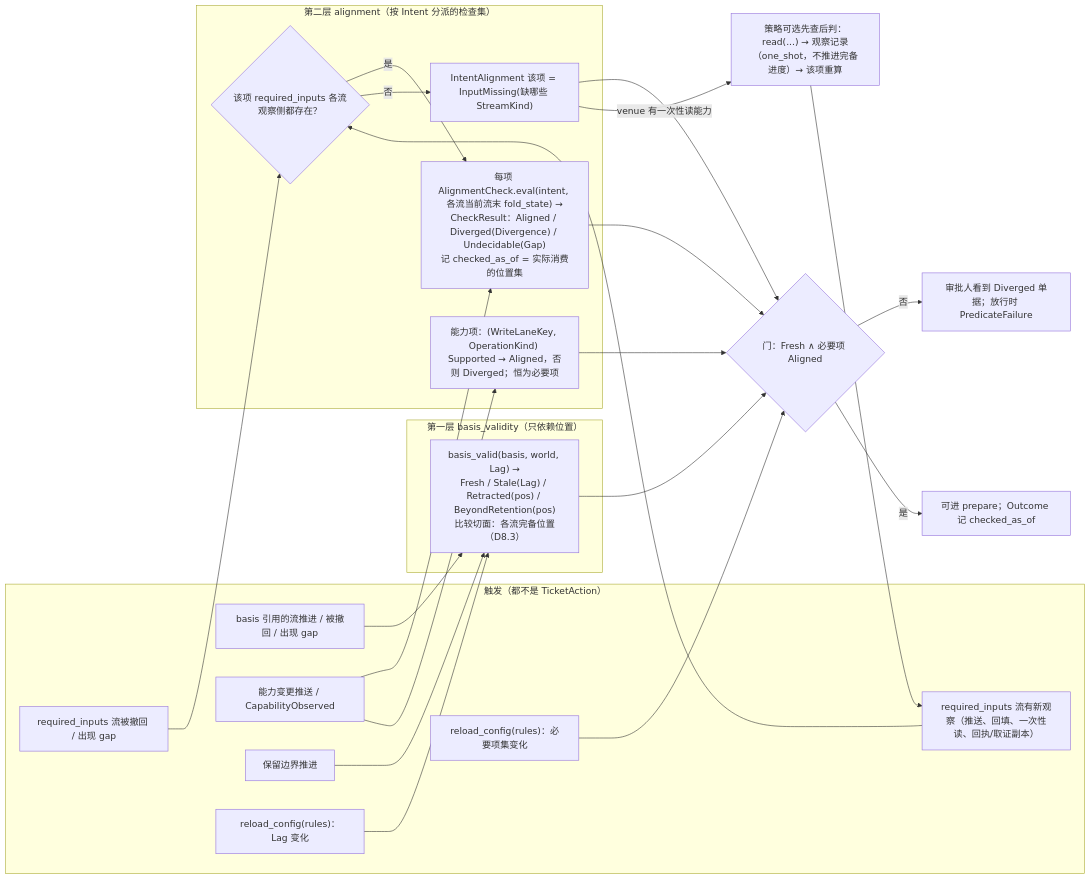
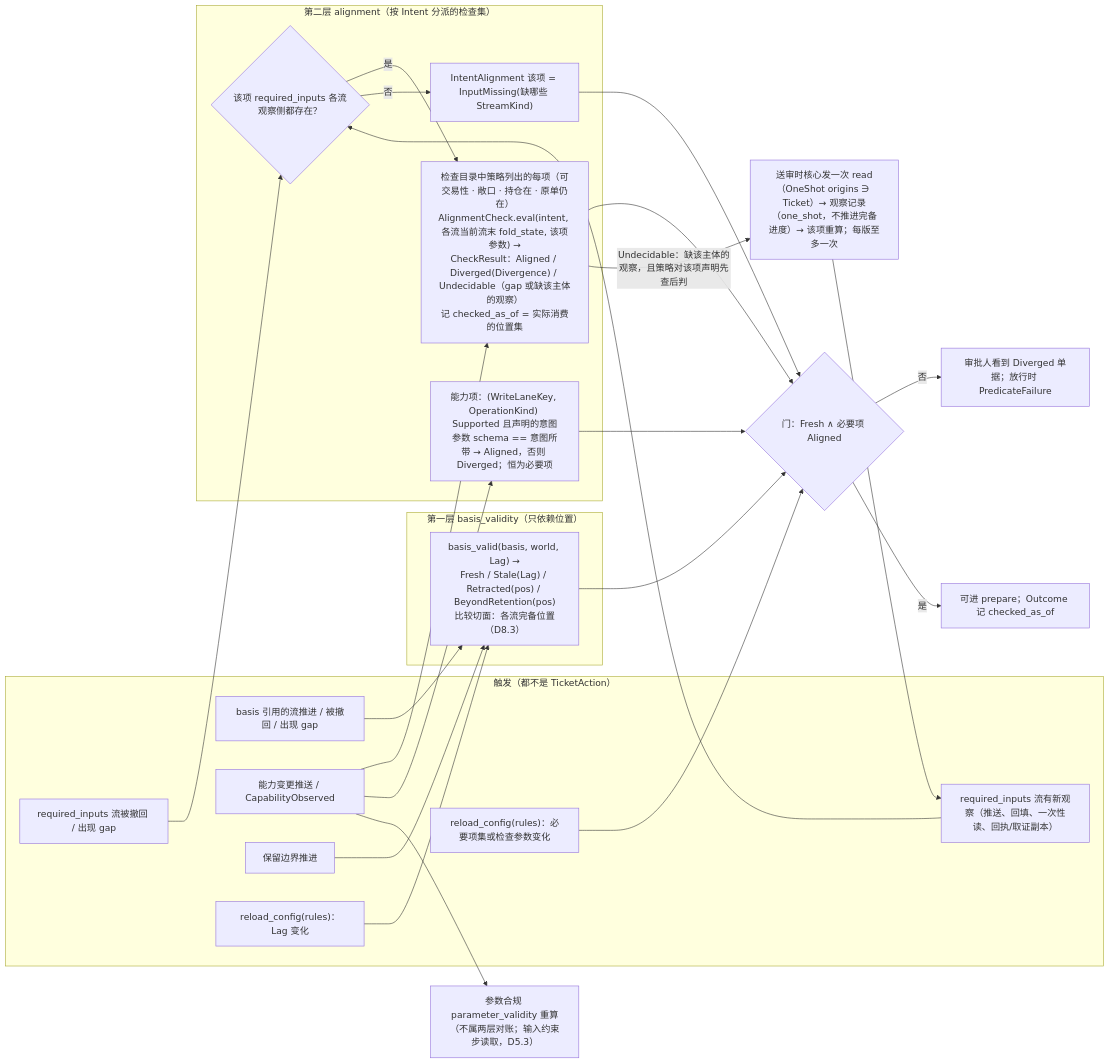
The fifth of 6 diagrams in design/diagrams/05-ticket-and-sts.md (mouriya-s-lab/uta), drawn with Mermaid before and after one commit. The commit also changed other lines of this file and 9 other files, not shown here.

Commit message:
design: trade protocol contract — closed OperationKind set with Close as upstream no-increase lock, intent parameter schema gate for every origin, check catalog and rule-file parameters, cooldown from SendBarrier, catalog-backed write eligibility, rationale and batch/simulator dispositions

````diff
--- a/design/diagrams/05-ticket-and-sts.md
+++ b/design/diagrams/05-ticket-and-sts.md
@@ -150,39 +161,40 @@
 ```mermaid
 flowchart LR
   subgraph TRIG["触发（都不是 TicketAction）"]
     T1["basis 引用的流推进 / 被撤回 / 出现 gap"]
     T1b["required_inputs 流被撤回 / 出现 gap"]
     T2["required_inputs 流有新观察（推送、回填、一次性读、回执/取证副本）"]
     T3["能力变更推送 / CapabilityObserved"]
     T4["保留边界推进"]
     T5a["reload_config(rules)：Lag 变化"]
-    T5b["reload_config(rules)：必要项集变化"]
+    T5b["reload_config(rules)：必要项集或检查参数变化"]
   end
   subgraph L1["第一层 basis_validity（只依赖位置）"]
     V["basis_valid(basis, world, Lag) →<br/>Fresh / Stale(Lag) / Retracted(pos) / BeyondRetention(pos)<br/>比较切面：各流完备位置（D8.3）"]
   end
   subgraph L2["第二层 alignment（按 Intent 分派的检查集）"]
     IM{"该项 required_inputs 各流观察侧都存在？"}
-    CK["每项 AlignmentCheck.eval(intent, 各流当前流末 fold_state) →<br/>CheckResult：Aligned / Diverged(Divergence) / Undecidable(Gap)<br/>记 checked_as_of = 实际消费的位置集"]
+    CK["检查目录中策略列出的每项（可交易性 · 敞口 · 持仓在 · 原单仍在）<br/>AlignmentCheck.eval(intent, 各流当前流末 fold_state, 该项参数) →<br/>CheckResult：Aligned / Diverged(Divergence) / Undecidable（gap 或缺该主体的观察）<br/>记 checked_as_of = 实际消费的位置集"]
     MISS["IntentAlignment 该项 = InputMissing(缺哪些 StreamKind)"]
-    CAP["能力项：(WriteLaneKey, OperationKind) Supported → Aligned，否则 Diverged；恒为必要项"]
+    CAP["能力项：(WriteLaneKey, OperationKind) Supported 且声明的意图参数 schema == 意图所带 → Aligned，否则 Diverged；恒为必要项"]
   end
   T1 --> V
   T4 --> V
   T5a --> V
   T1b --> IM
   T2 --> IM
   IM -->|"是"| CK
   IM -->|"否"| MISS
   T3 --> CK
   T3 --> CAP
+  T3 --> PV["参数合规 parameter_validity 重算（不属两层对账；输入约束步读取，D5.3）"]
   T5b --> GATE
   V --> GATE{"门：Fresh ∧ 必要项 Aligned"}
   CK --> GATE
   MISS --> GATE
   CAP --> GATE
-  MISS -->|"venue 有一次性读能力"| RD["策略可选先查后判：read(...) → 观察记录（one_shot，不推进完备进度）→ 该项重算"]
+  CK -->|"Undecidable：缺该主体的观察，且策略对该项声明先查后判"| RD["送审时核心发一次 read（OneShot origins ∋ Ticket）→ 观察记录（one_shot，不推进完备进度）→ 该项重算；每版至多一次"]
   RD --> T2
   GATE -->|"否"| DIV["审批人看到 Diverged 单据；放行时 PredicateFailure"]
   GATE -->|"是"| OK["可进 prepare；Outcome 记 checked_as_of"]
 ```
````
